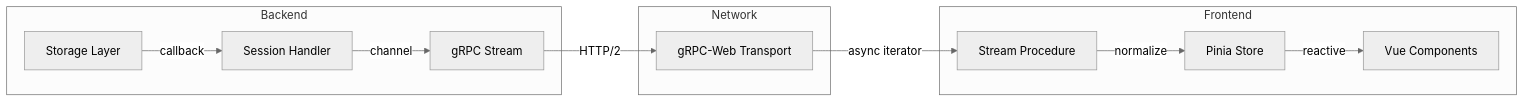
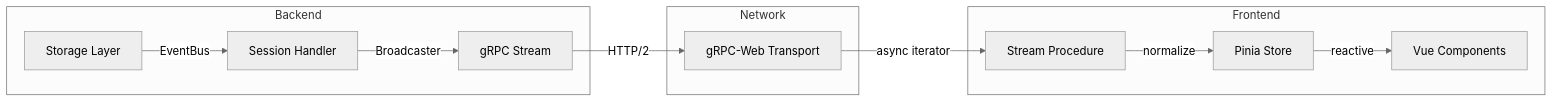
The sixth of 6 diagrams in docs/state-lifecycle.md (pascalhuerst/session-recorder), drawn with Mermaid (neutral theme) before and after one commit. The commit also changed other lines of this file and 6 other files, not shown here.

````diff
--- a/docs/state-lifecycle.md
+++ b/docs/state-lifecycle.md
@@ -212,17 +330,17 @@
 ```mermaid
 flowchart LR
     subgraph Backend
-        A[Storage Layer] -->|callback| B[Session Handler]
-        B -->|channel| C[gRPC Stream]
+        A[Storage Layer] -->|EventBus| B[Session Handler]
+        B -->|Broadcaster| C[gRPC Stream]
     end
 
     subgraph Network
         C -->|HTTP/2| D[gRPC-Web Transport]
     end
 
     subgraph Frontend
         D -->|async iterator| E[Stream Procedure]
         E -->|normalize| F[Pinia Store]
         F -->|reactive| G[Vue Components]
     end
 ```
````
